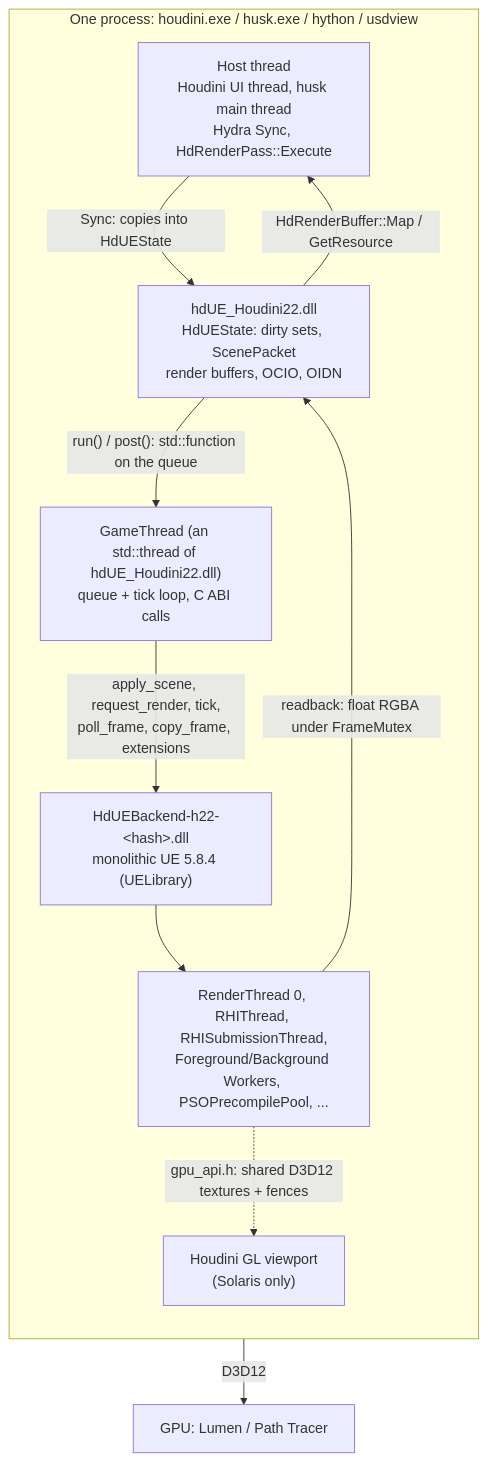
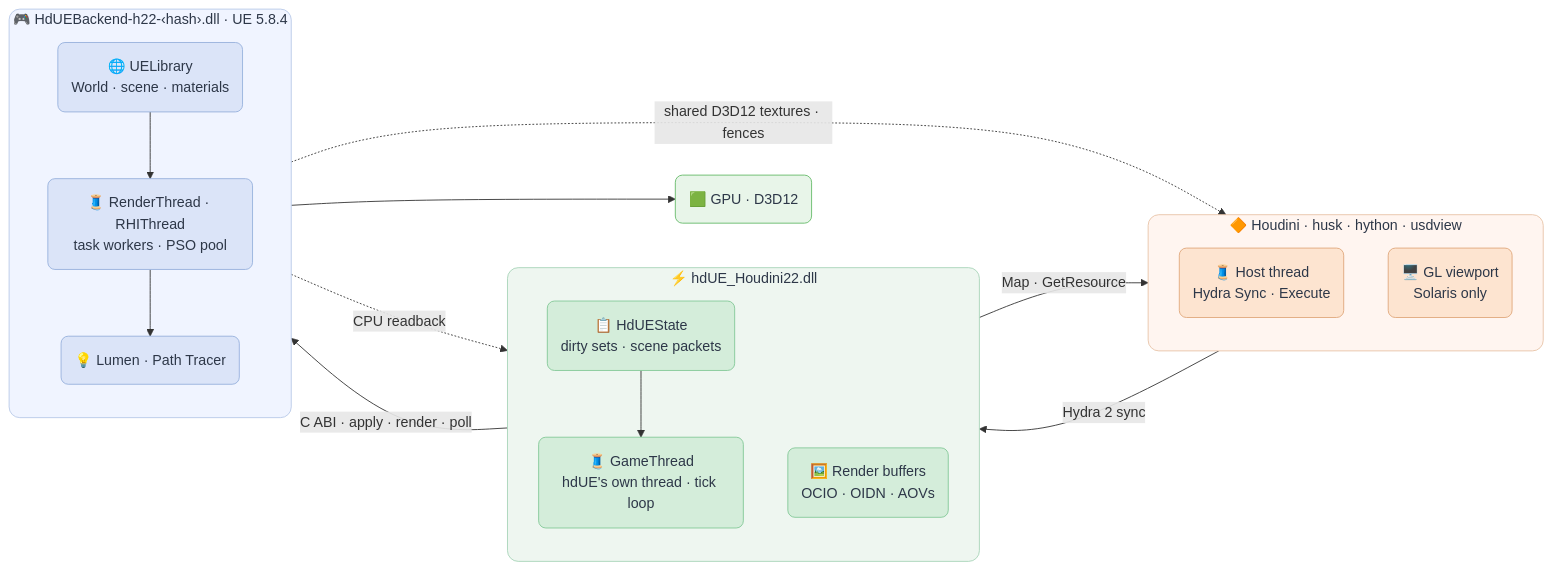
The diagram in docs/architecture.md (healkeiser/HdUnrealEngine), drawn with Mermaid before and after one commit.

Commit message:
docs/architecture.md: diagram in the README's style (grouped, coloured, short labels)
Claude-Session: https://claude.ai/code/session_01HzwGQ4gR4eK8UDFoYc8jdi

````diff
--- a/docs/architecture.md
+++ b/docs/architecture.md
@@ -5,21 +5,49 @@
 ```mermaid
-flowchart TB
-    subgraph Process["One process: houdini.exe / husk.exe / hython / usdview"]
+flowchart LR
+    subgraph Host[" 🔶 Houdini · husk · hython · usdview "]
         direction TB
-        Host["Host thread<br/>Houdini UI thread, husk main thread<br/>Hydra Sync, HdRenderPass::Execute"]
-        Delegate["hdUE_Houdini22.dll<br/>HdUEState: dirty sets, ScenePacket<br/>render buffers, OCIO, OIDN"]
-        GT["GameThread (an std::thread of hdUE_Houdini22.dll)<br/>queue + tick loop, C ABI calls"]
-        Backend["HdUEBackend-h22-&lt;hash&gt;.dll<br/>monolithic UE 5.8.4 (UELibrary)"]
-        UEThreads["RenderThread 0, RHIThread, RHISubmissionThread,<br/>Foreground/Background Workers, PSOPrecompilePool, ..."]
-        GL["Houdini GL viewport<br/>(Solaris only)"]
+        H1("🧵 Host thread<br/>Hydra Sync · Execute")
+        H2("🖥️ GL viewport<br/>Solaris only")
+    end
 
-        Host -->|"Sync: copies into HdUEState"| Delegate
-        Delegate -->|"run() / post(): std::function on the queue"| GT
-        GT -->|"apply_scene, request_render, tick,<br/>poll_frame, copy_frame, extensions"| Backend
-        Backend --> UEThreads
-        UEThreads -->|"readback: float RGBA under FrameMutex"| Delegate
-        Delegate -->|"HdRenderBuffer::Map / GetResource"| Host
-        UEThreads -.->|"gpu_api.h: shared D3D12 textures + fences"| GL
+    subgraph Delegate[" ⚡ hdUE_Houdini22.dll "]
+        direction TB
+        D1("📋 HdUEState<br/>dirty sets · scene packets")
+        D2("🧵 GameThread<br/>hdUE's own thread · tick loop")
+        D3("🖼️ Render buffers<br/>OCIO · OIDN · AOVs")
+        D1 --> D2
     end
-    UEThreads -->|"D3D12"| GPU["GPU: Lumen / Path Tracer"]
+
+    subgraph Unreal[" 🎮 HdUEBackend-h22-‹hash›.dll · UE 5.8.4 "]
+        direction TB
+        U1("🌐 UELibrary<br/>World · scene · materials")
+        U2("🧵 RenderThread · RHIThread<br/>task workers · PSO pool")
+        U3("💡 Lumen · Path Tracer")
+        U1 --> U2 --> U3
+    end
+
+    GPU("🟩 GPU · D3D12")
+
+    H1 -- "Hydra 2 sync" --> D1
+    D2 -- "C ABI · apply · render · poll" --> U1
+    U3 --> GPU
+    U2 -. "CPU readback" .-> D3
+    D3 -- "Map · GetResource" --> H1
+    U2 -. "shared D3D12 textures · fences" .-> H2
+
+    classDef hostBox fill:#fff5f0,stroke:#e8c4a8,stroke-width:1px,color:#2d3748,rx:12,ry:12
+    classDef delegateBox fill:#eef6f0,stroke:#a8d5b8,stroke-width:1px,color:#2d3748,rx:12,ry:12
+    classDef unrealBox fill:#f0f4ff,stroke:#b8c9e8,stroke-width:1px,color:#2d3748,rx:12,ry:12
+    classDef hostNode fill:#fde4d0,stroke:#e0a87c,stroke-width:1px,color:#2d3748,rx:8,ry:8
+    classDef delegateNode fill:#d4edda,stroke:#82c896,stroke-width:1px,color:#2d3748,rx:8,ry:8
+    classDef unrealNode fill:#dbe4f8,stroke:#96b0dc,stroke-width:1px,color:#2d3748,rx:8,ry:8
+    classDef gpuNode fill:#e8f5e9,stroke:#66bb6a,stroke-width:1px,color:#2d3748,rx:8,ry:8
+
+    class Host hostBox
+    class Delegate delegateBox
+    class Unreal unrealBox
+    class H1,H2 hostNode
+    class D1,D2,D3 delegateNode
+    class U1,U2,U3 unrealNode
+    class GPU gpuNode
 ```
````
